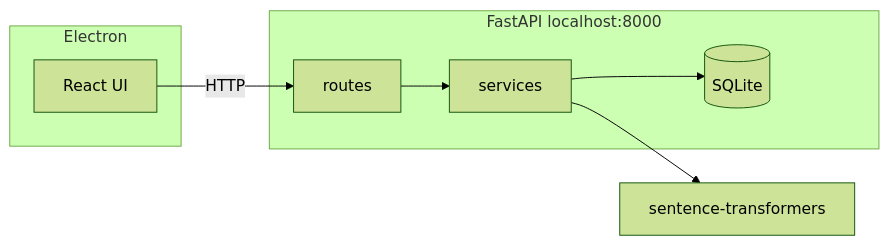
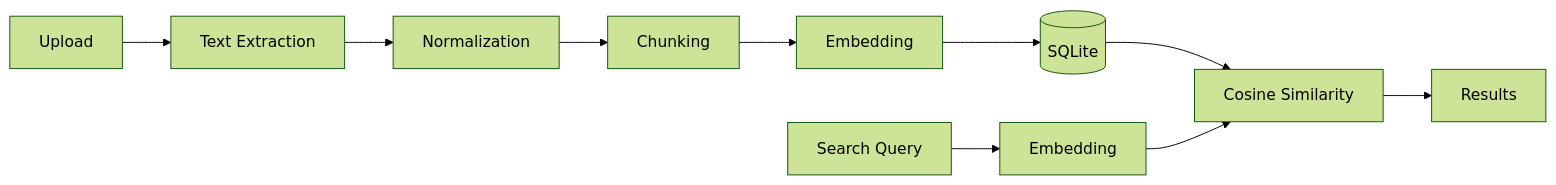
One commit to moonlitrevery/DodocLens changed the diagram in README.md. Above: the diagram before and after it, drawn with Mermaid (forest theme). The commit also changed other lines of this file and 1 other file, not shown here.

````diff
--- a/README.md
+++ b/README.md
@@ -47,15 +29,12 @@
 ```mermaid
 flowchart LR
-  subgraph desktop [Electron]
-    UI[React UI]
-  end
-  subgraph api [FastAPI localhost:8000]
-    Routes[routes]
-    Svc[services]
-    DB[(SQLite)]
-  end
-  UI -->|HTTP| Routes
-  Routes --> Svc
-  Svc --> DB
-  Svc --> LM[sentence-transformers]
+  U[Upload] --> E[Text Extraction]
+  E --> N[Normalization]
+  N --> C[Chunking]
+  C --> M[Embedding]
+  M --> DB[(SQLite)]
+  Q[Search Query] --> MQ[Embedding]
+  DB --> CS[Cosine Similarity]
+  MQ --> CS
+  CS --> R[Results]
 ```
````
